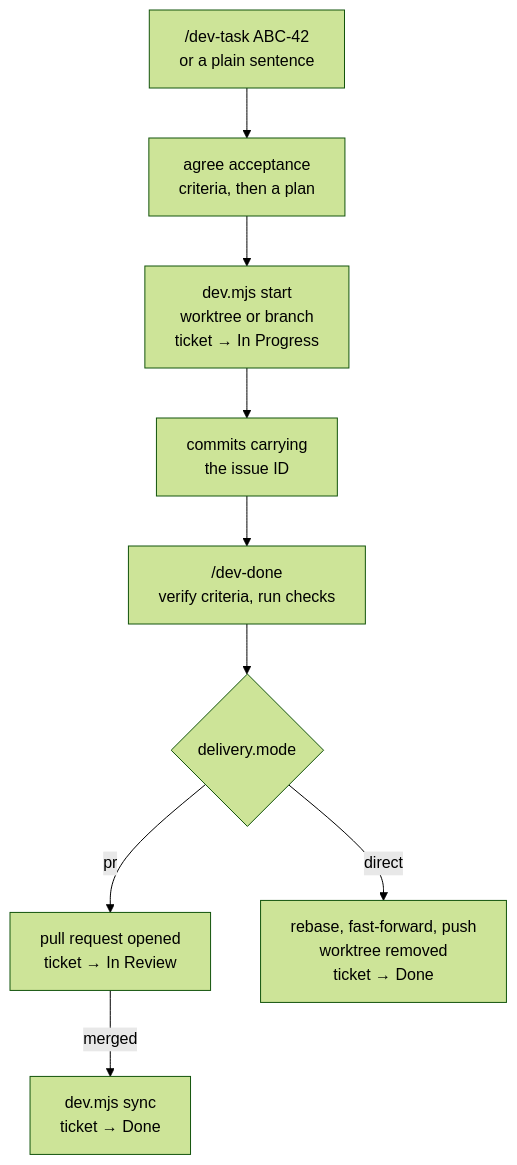
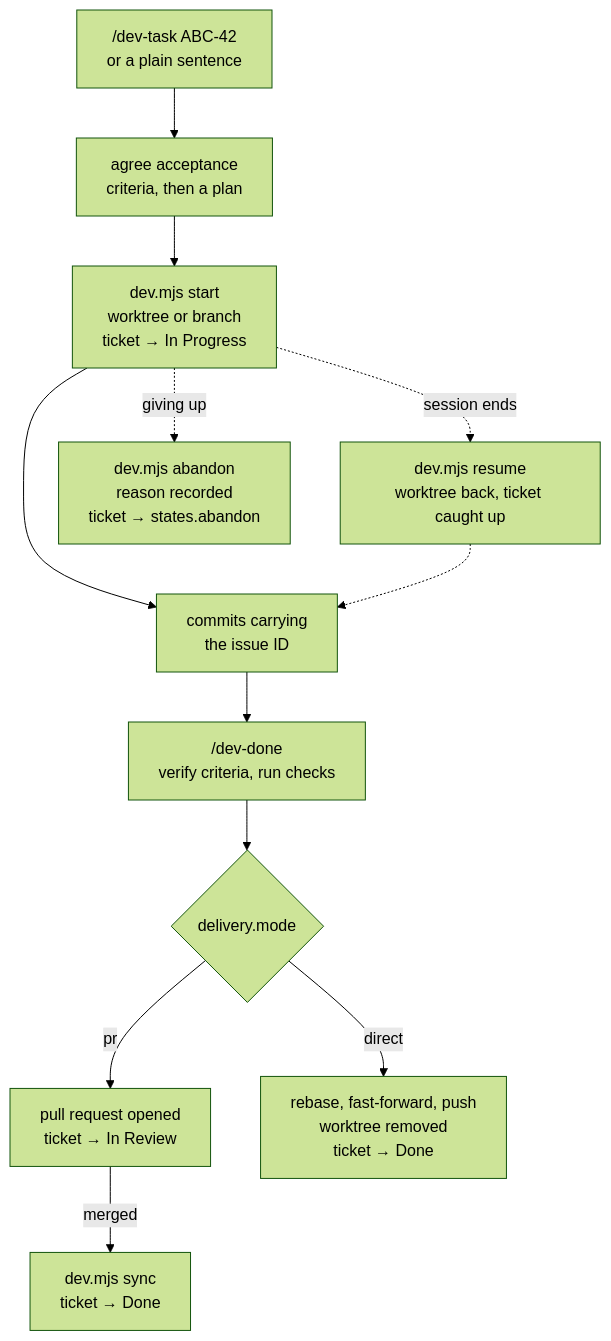
One commit to ayhid/claude-dev-workflow changed the first of 2 diagrams in README.md. Above: the diagram before and after it, drawn with Mermaid (forest theme). The commit also changed other lines of this file and 18 other files, not shown here.

````diff
--- a/README.md
+++ b/README.md
@@ -83,11 +83,14 @@
 ```mermaid
 flowchart TD
     A["/dev-task ABC-42<br/>or a plain sentence"] --> B["agree acceptance<br/>criteria, then a plan"]
     B --> C["dev.mjs start<br/>worktree or branch<br/>ticket → In Progress"]
     C --> D["commits carrying<br/>the issue ID"]
     D --> E["/dev-done<br/>verify criteria, run checks"]
     E --> F{"delivery.mode"}
     F -- "pr" --> G["pull request opened<br/>ticket → In Review"]
     G -- "merged" --> H["dev.mjs sync<br/>ticket → Done"]
     F -- "direct" --> I["rebase, fast-forward, push<br/>worktree removed<br/>ticket → Done"]
+    C -. "session ends" .-> J["dev.mjs resume<br/>worktree back, ticket caught up"]
+    J -.-> D
+    C -. "giving up" .-> K["dev.mjs abandon<br/>reason recorded<br/>ticket → states.abandon"]
 ```
````
